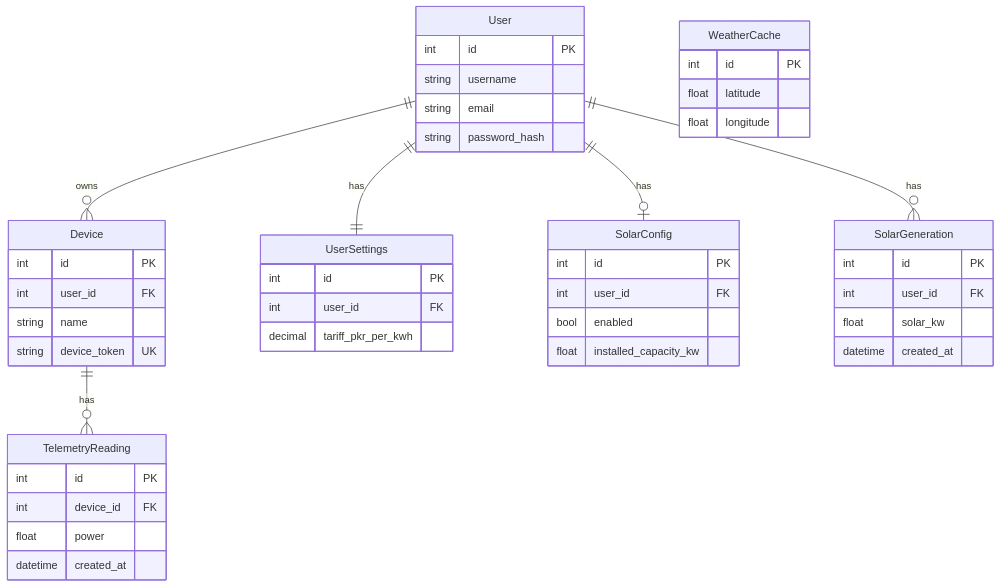
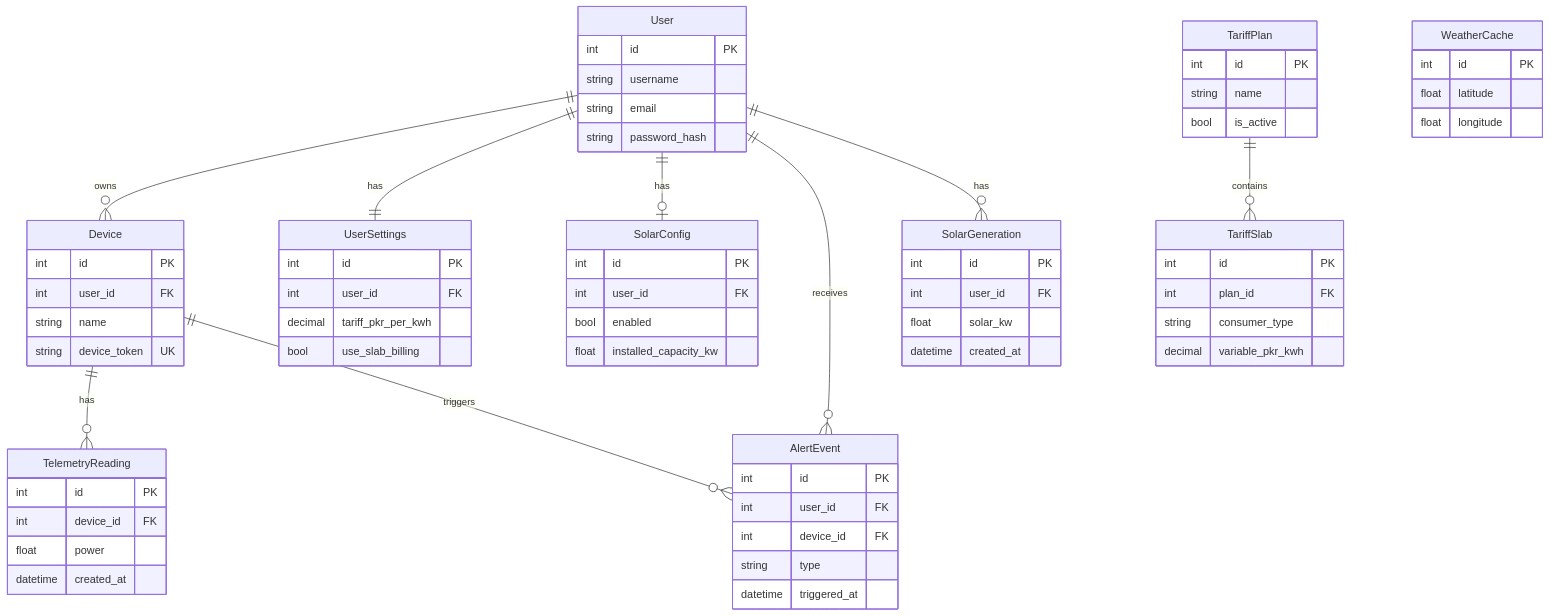
One commit to smooky1420-lang/fyp-project changed the diagram in DATABASE_SCHEMA_SUMMARY.md. Above: the diagram before and after it, drawn with Mermaid. The commit also changed other lines of this file and 19 other files, not shown here.

````diff
--- a/DATABASE_SCHEMA_SUMMARY.md
+++ b/DATABASE_SCHEMA_SUMMARY.md
@@ -24,55 +24,80 @@
 ```mermaid
 erDiagram
     User ||--o{ Device : owns
     Device ||--o{ TelemetryReading : has
     User ||--|| UserSettings : has
     User ||--o| SolarConfig : has
+    User ||--o{ AlertEvent : receives
+    Device ||--o{ AlertEvent : triggers
+    TariffPlan ||--o{ TariffSlab : contains
     User ||--o{ SolarGeneration : has
 
     User {
         int id PK
         string username
         string email
         string password_hash
     }
 
     Device {
         int id PK
         int user_id FK
         string name
         string device_token UK
     }
 
     TelemetryReading {
         int id PK
         int device_id FK
         float power
         datetime created_at
     }
 
     UserSettings {
         int id PK
         int user_id FK
         decimal tariff_pkr_per_kwh
+        bool use_slab_billing
+    }
+
+    AlertEvent {
+        int id PK
+        int user_id FK
+        int device_id FK
+        string type
+        datetime triggered_at
+    }
+
+    TariffPlan {
+        int id PK
+        string name
+        bool is_active
+    }
+
+    TariffSlab {
+        int id PK
+        int plan_id FK
+        string consumer_type
+        decimal variable_pkr_kwh
     }
 
     SolarConfig {
         int id PK
         int user_id FK
         bool enabled
         float installed_capacity_kw
     }
 
     SolarGeneration {
         int id PK
         int user_id FK
         float solar_kw
         datetime created_at
     }
 
     WeatherCache {
         int id PK
         float latitude
         float longitude
     }
 ```
````
